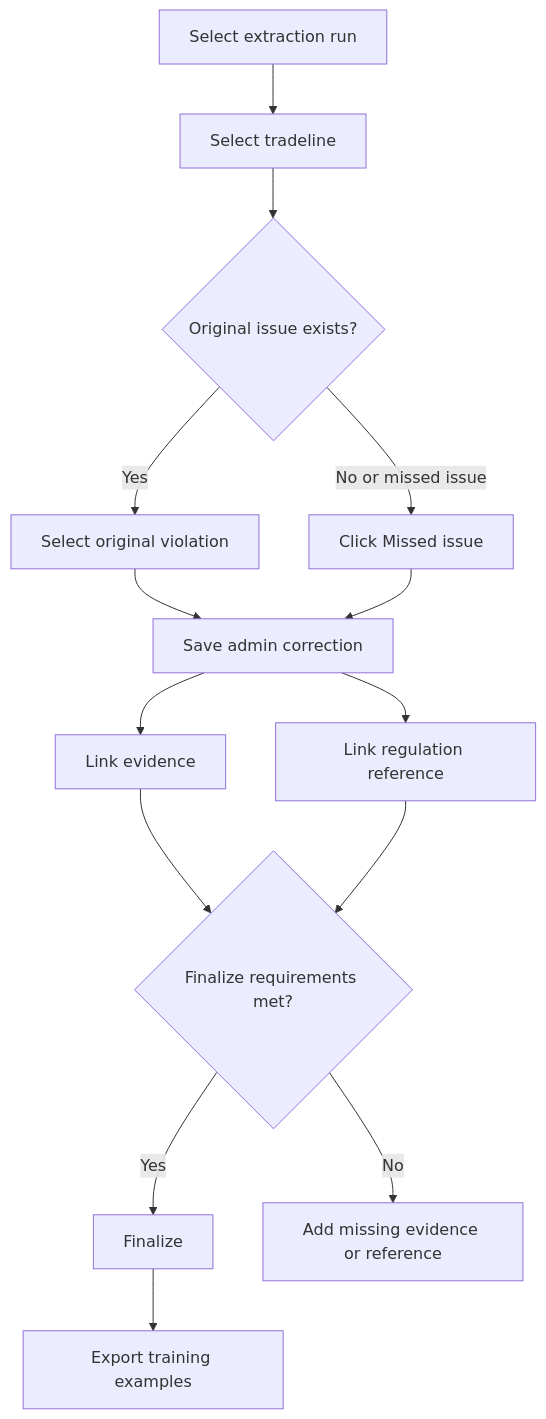
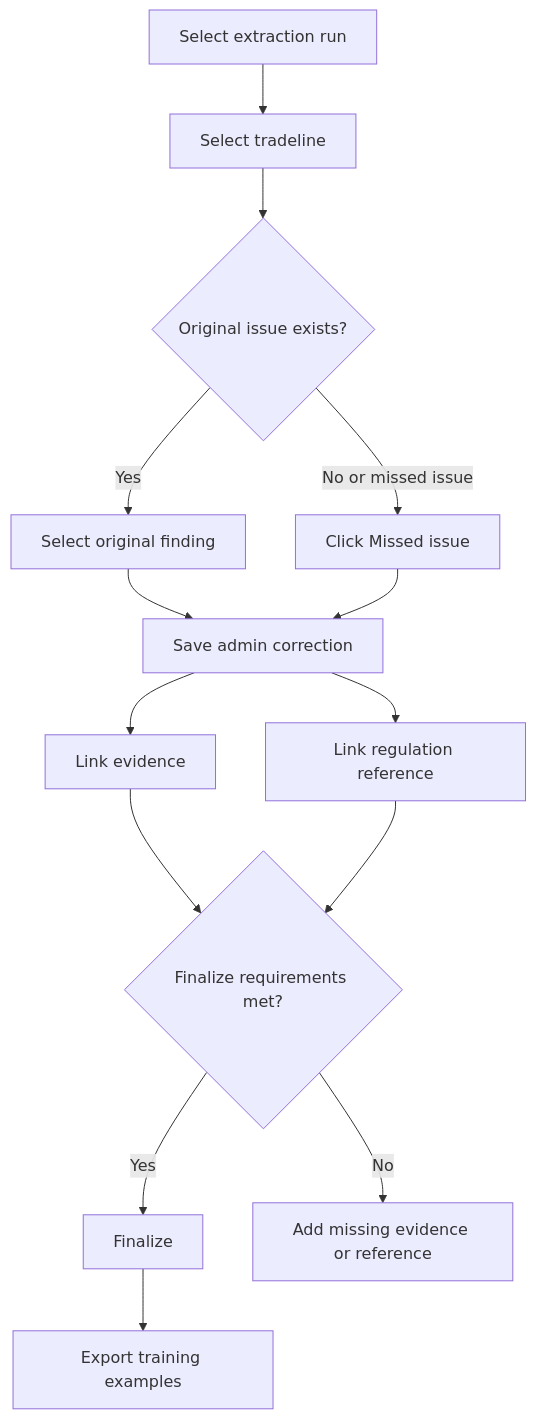
The fifth of 7 diagrams in docs/admin-parser-testing-environment-operations-manual.md (dpwebb/creditregulatorpro-prod), drawn with Mermaid before and after one commit. The commit also changed other lines of this file and 28 other files, not shown here.

````diff
--- a/docs/admin-parser-testing-environment-operations-manual.md
+++ b/docs/admin-parser-testing-environment-operations-manual.md
@@ -504,16 +504,16 @@
 ```mermaid
 flowchart TB
   Run["Select extraction run"] --> Tradeline["Select tradeline"]
   Tradeline --> Original{"Original issue exists?"}
-  Original -->|Yes| SelectIssue["Select original violation"]
+  Original -->|Yes| SelectIssue["Select original finding"]
   Original -->|No or missed issue| Manual["Click Missed issue"]
   SelectIssue --> Correction["Save admin correction"]
   Manual --> Correction
   Correction --> Evidence["Link evidence"]
   Correction --> Regulation["Link regulation reference"]
   Evidence --> FinalizeCheck{"Finalize requirements met?"}
   Regulation --> FinalizeCheck
   FinalizeCheck -->|Yes| Finalize["Finalize"]
   FinalizeCheck -->|No| Complete["Add missing evidence or reference"]
   Finalize --> Export["Export training examples"]
 ```
````
